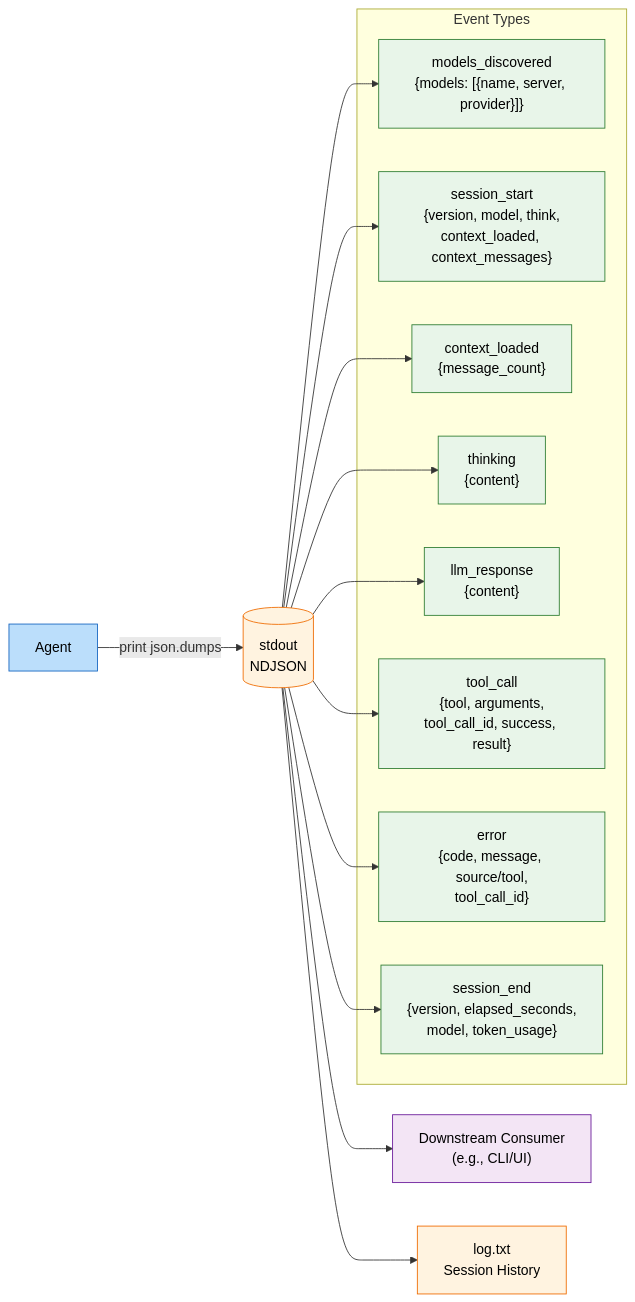
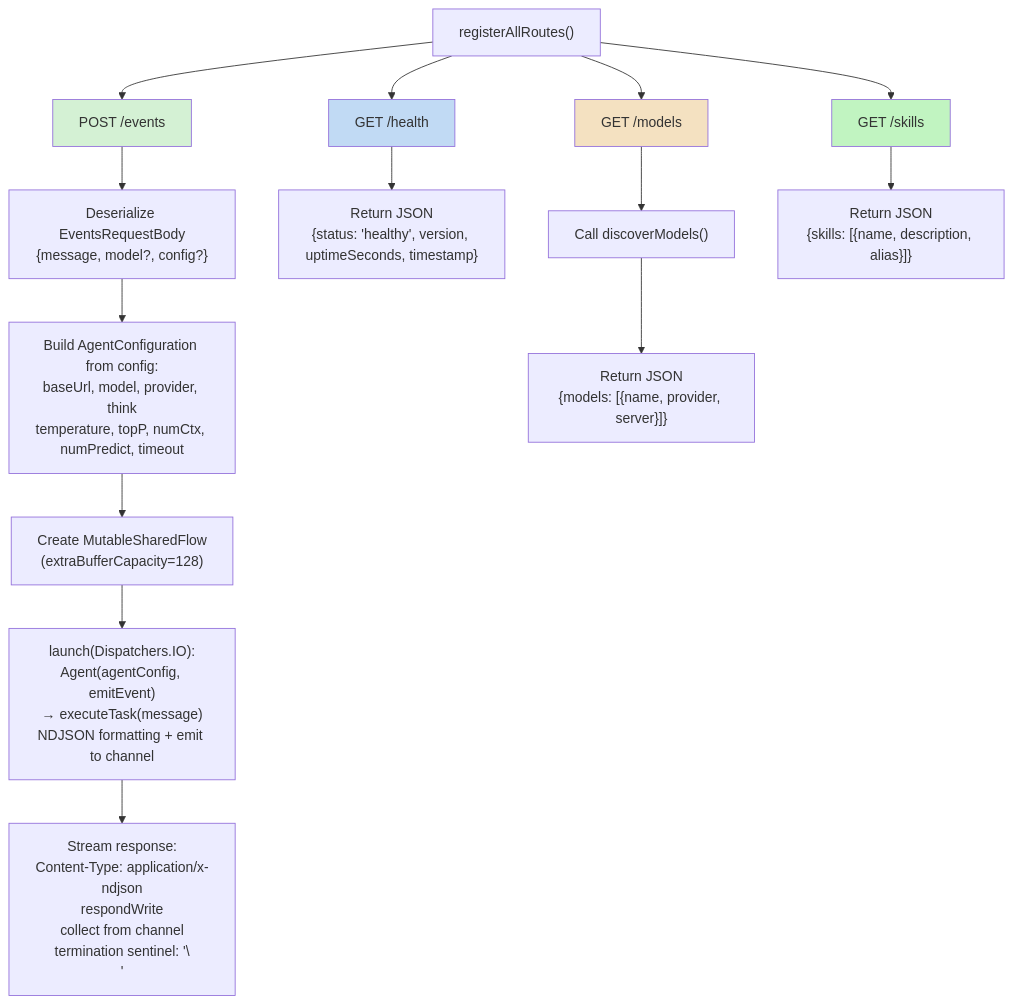
One commit to lg841226/Gradum changed diagram 11 of 27 in docs/ARCHITECTURE.md. Above: the diagram before and after it, drawn with Mermaid. The commit also changed other lines of this file and 4 other files, not shown here.

````diff
--- a/docs/ARCHITECTURE.md
+++ b/docs/ARCHITECTURE.md
@@ -556,32 +675,25 @@
 ```mermaid
-graph LR
-    Agent[Agent]:::core -->|print json.dumps| Stdout[(stdout<br/>NDJSON)]:::data
+flowchart TD
+    R["registerAllRoutes()"] --> POST[POST /events]
+    R --> GH[GET /health]
+    R --> GM[GET /models]
+    R --> GS[GET /skills]
 
-    Stdout --> P1["Downstream Consumer<br/>(e.g., CLI/UI)"]:::ext
-    Stdout --> P2[log.txt<br/>Session History]:::data
+    POST --> P1["Deserialize EventsRequestBody<br/>{message, model?, config?}"]
+    P1 --> P2["Build AgentConfiguration from config:<br/>baseUrl, model, provider, think<br/>temperature, topP, numCtx, numPredict, timeout"]
+    P2 --> P3["Create MutableSharedFlow<String><br/>(extraBufferCapacity=128)"]
+    P3 --> P4["launch(Dispatchers.IO):<br/>Agent(agentConfig, emitEvent)<br/>→ executeTask(message)<br/>NDJSON formatting + emit to channel"]
+    P4 --> P5["Stream response:<br/>Content-Type: application/x-ndjson<br/>respondWrite<br/>collect from channel<br/>termination sentinel: '\\n'"]
 
-    subgraph Event Types
-        E0["models_discovered<br/>{models: [{name, server, provider}]}"]:::evt
-        E1["session_start<br/>{version, model, think,<br/>context_loaded, context_messages}"]:::evt
-        E2["context_loaded<br/>{message_count}"]:::evt
-        E3["thinking<br/>{content}"]:::evt
-        E4["llm_response<br/>{content}"]:::evt
-        E5["tool_call<br/>{tool, arguments,<br/>tool_call_id, success, result}"]:::evt
-        E6["error<br/>{code, message, source/tool,<br/>tool_call_id}"]:::evt
-        E7["session_end<br/>{version, elapsed_seconds,<br/>model, token_usage}"]:::evt
-    end
+    GH --> H1["Return JSON<br/>{status: 'healthy', version, uptimeSeconds, timestamp}"]
 
-    Stdout --> E0
-    Stdout --> E1
-    Stdout --> E2
-    Stdout --> E3
-    Stdout --> E4
-    Stdout --> E5
-    Stdout --> E6
-    Stdout --> E7
+    GM --> M1["Call discoverModels()"]
+    M1 --> M2["Return JSON<br/>{models: [{name, provider, server}]}"]
 
-    classDef core fill:#bbdefb,stroke:#1565c0,color:#000
-    classDef data fill:#fff3e0,stroke:#ef6c00,color:#000
-    classDef ext fill:#f3e5f5,stroke:#6a1b9a,color:#000
-    classDef evt fill:#e8f5e9,stroke:#2e7d32,color:#000
+    GS --> S1["Return JSON<br/>{skills: [{name, description, alias}]}"]
+
+    style POST fill:#d4f1d4
+    style GH fill:#c1daf4
+    style GM fill:#f4e1c1
+    style GS fill:#c1f4c1
 ```
````
